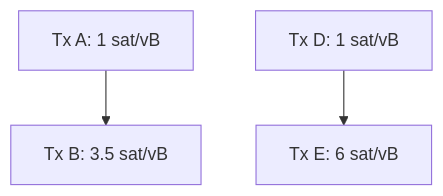
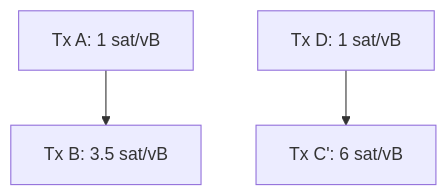
Before and after one commit to jamesob/delving-bitcoin-archive: the seventh of 7 diagrams in archive/rendered-topics/2024-01-January/2024-01-09-an-overview-of-the-cluster-mempool-proposal-id393.md, drawn with Mermaid. The commit also changed other lines of this file and 14 other files, not shown here.

````diff
--- a/archive/rendered-topics/2024-01-January/2024-01-09-an-overview-of-the-cluster-mempool-proposal-id393.md
+++ b/archive/rendered-topics/2024-01-January/2024-01-09-an-overview-of-the-cluster-mempool-proposal-id393.md
@@ -180,5 +180,5 @@
 ```mermaid height=146,auto
 graph TD;
     A[Tx A: 1 sat/vB]-->B[Tx B: 3.5 sat/vB];
-    D[Tx D: 1 sat/vB]-->E[Tx E: 6 sat/vB];
+    D[Tx D: 1 sat/vB]-->C'[Tx C': 6 sat/vB];
 ```
````
